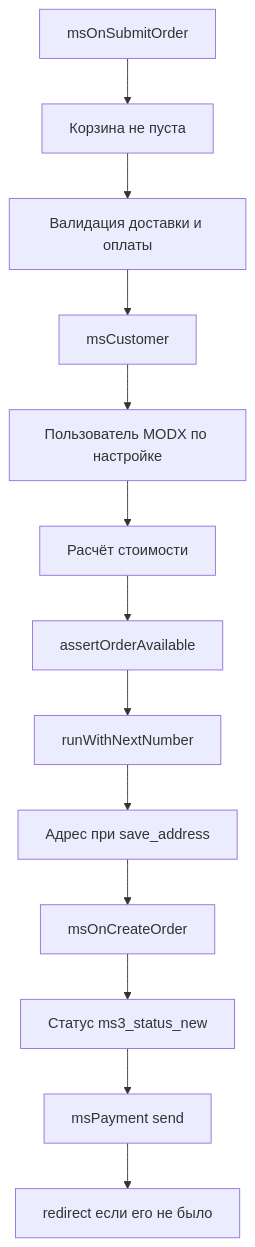
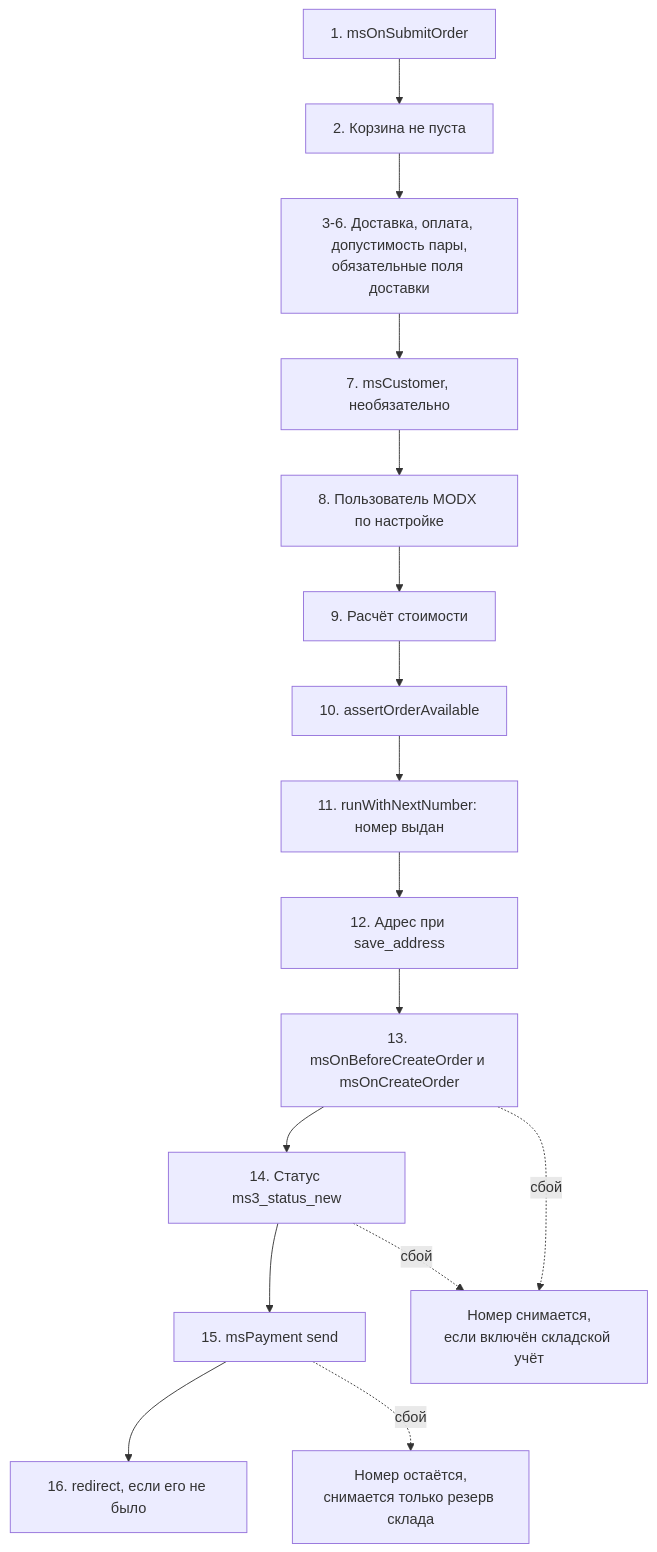
Before and after one commit to modx-pro/Docs: the second of 2 diagrams in docs/components/minishop3/development/backend-api/order.md, drawn with Mermaid. The commit also changed other lines of this file and 3 other files, not shown here.

First line of the commit message:
docs(minishop3): согласовать схемы с текстом, исправить ключ метаданных опции

````diff
--- a/docs/components/minishop3/development/backend-api/order.md
+++ b/docs/components/minishop3/development/backend-api/order.md
@@ -313,15 +313,18 @@
 ```mermaid
 flowchart TB
-  a[msOnSubmitOrder] --> b[Корзина не пуста]
-  b --> c[Валидация доставки и оплаты]
-  c --> d[msCustomer]
-  d --> e[Пользователь MODX по настройке]
-  e --> f[Расчёт стоимости]
-  f --> g[assertOrderAvailable]
-  g --> h[runWithNextNumber]
-  h --> i[Адрес при save_address]
-  i --> j[msOnCreateOrder]
-  j --> k[Статус ms3_status_new]
-  k --> l[msPayment send]
-  l --> m[redirect если его не было]
+  a["1. msOnSubmitOrder"] --> b["2. Корзина не пуста"]
+  b --> c["3-6. Доставка, оплата, допустимость пары,<br/>обязательные поля доставки"]
+  c --> d["7. msCustomer, необязательно"]
+  d --> e["8. Пользователь MODX по настройке"]
+  e --> f["9. Расчёт стоимости"]
+  f --> g["10. assertOrderAvailable"]
+  g --> h["11. runWithNextNumber: номер выдан"]
+  h --> i["12. Адрес при save_address"]
+  i --> j["13. msOnBeforeCreateOrder и msOnCreateOrder"]
+  j --> k["14. Статус ms3_status_new"]
+  k --> l["15. msPayment send"]
+  l --> m["16. redirect, если его не было"]
+  j -. сбой .-> r["Номер снимается,<br/>если включён складской учёт"]
+  k -. сбой .-> r
+  l -. сбой .-> s["Номер остаётся,<br/>снимается только резерв склада"]
 ```
````
